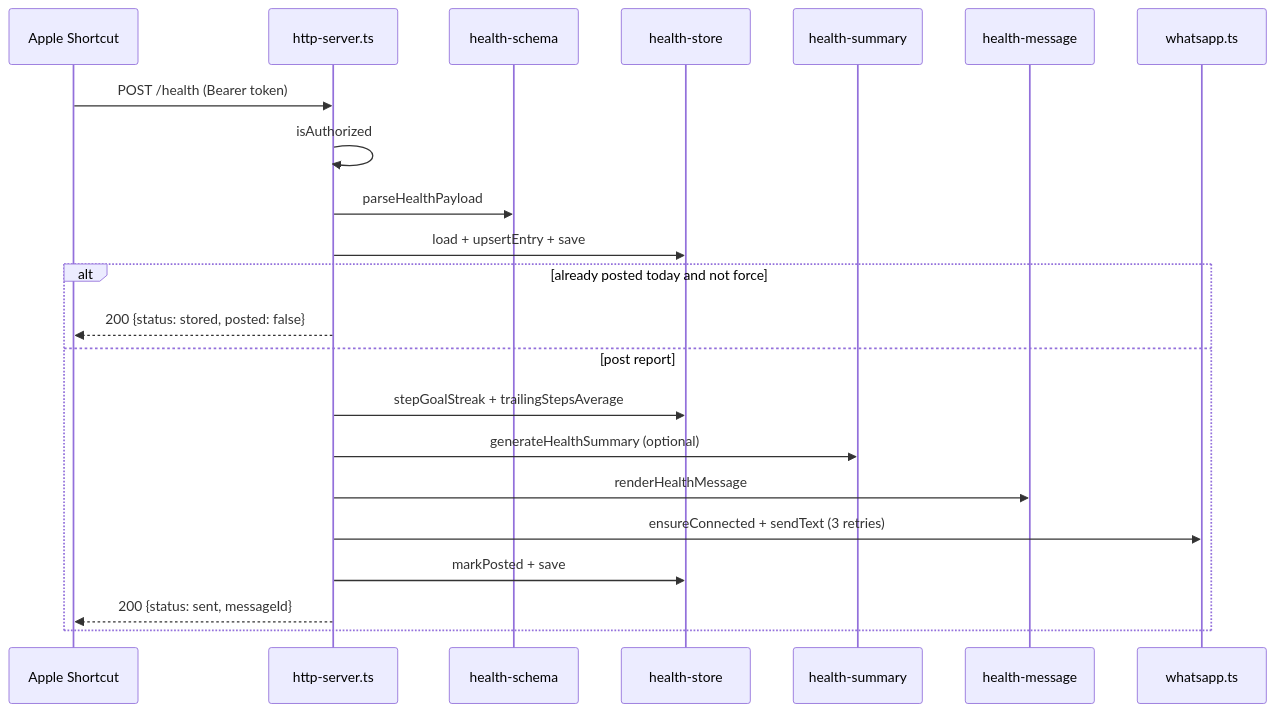
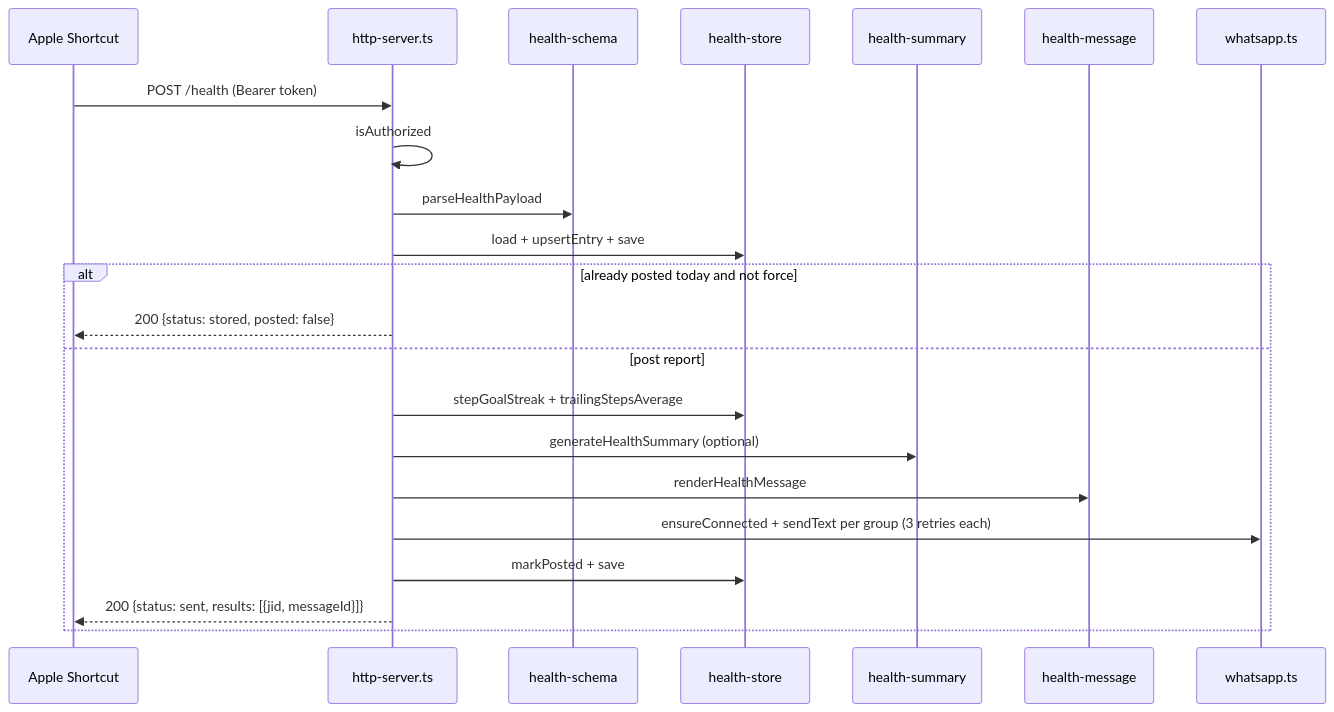
One commit to sidntrivedi/wapp-quote changed the fourth of 4 diagrams in docs/ARCHITECTURE.md. Above: the diagram before and after it, drawn with Mermaid. The commit also changed other lines of this file and 11 other files, not shown here.

````diff
--- a/docs/ARCHITECTURE.md
+++ b/docs/ARCHITECTURE.md
@@ -266,25 +266,25 @@
 ```mermaid
 sequenceDiagram
     participant SC as Apple Shortcut
     participant HS as http-server.ts
     participant Schema as health-schema
     participant Store as health-store
     participant AI as health-summary
     participant Msg as health-message
     participant WA as whatsapp.ts
 
     SC->>HS: POST /health (Bearer token)
     HS->>HS: isAuthorized
     HS->>Schema: parseHealthPayload
     HS->>Store: load + upsertEntry + save
     alt already posted today and not force
         HS-->>SC: 200 {status: stored, posted: false}
     else post report
         HS->>Store: stepGoalStreak + trailingStepsAverage
         HS->>AI: generateHealthSummary (optional)
         HS->>Msg: renderHealthMessage
-        HS->>WA: ensureConnected + sendText (3 retries)
+        HS->>WA: ensureConnected + sendText per group (3 retries each)
         HS->>Store: markPosted + save
-        HS-->>SC: 200 {status: sent, messageId}
+        HS-->>SC: 200 {status: sent, results: [{jid, messageId}]}
     end
 ```
````
